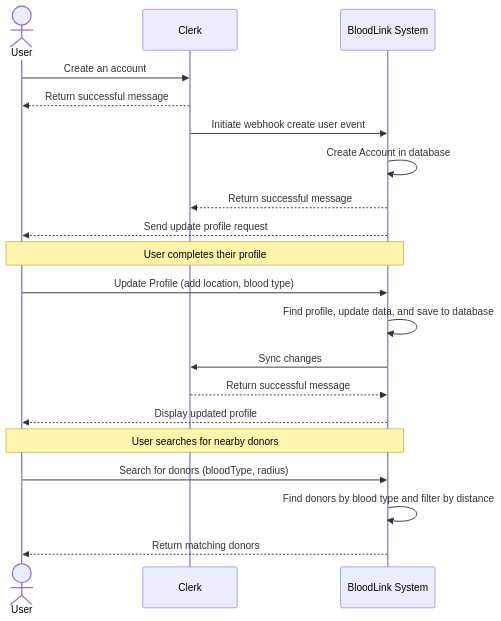
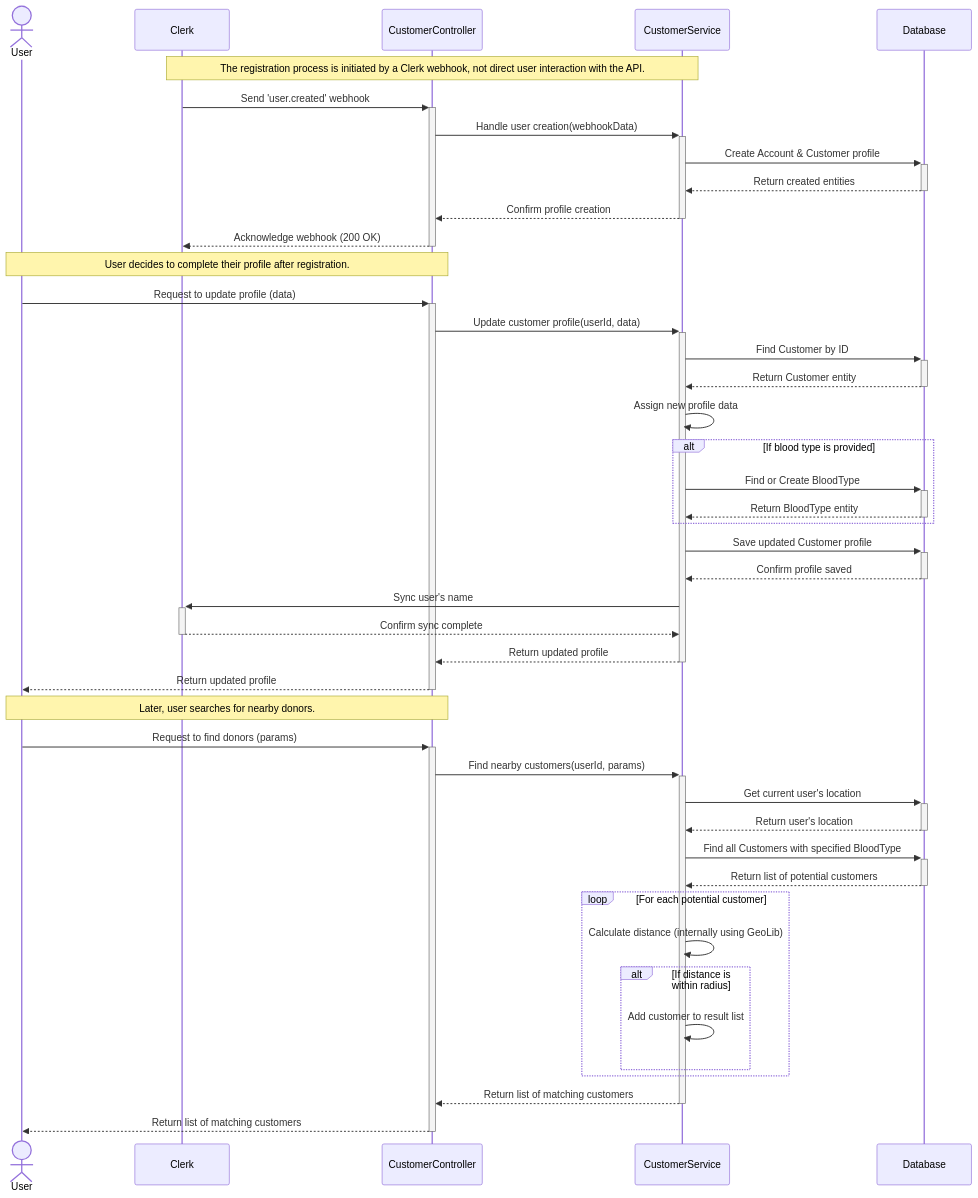
One commit to phamnguyenviethung/bloodlink-be changed the second of 2 diagrams in docs/CUSTOMER_FLOW.md. Above: the diagram before and after it, drawn with Mermaid. The commit also changed other lines of this file and 1 other file, not shown here.

Commit message:
Refactor donation flow documentation to enhance clarity and detail in sequence diagrams and business logic descriptions

````diff
--- a/docs/CUSTOMER_FLOW.md
+++ b/docs/CUSTOMER_FLOW.md
@@ -68,32 +68,55 @@
 ```mermaid
 sequenceDiagram
     actor User
     participant Clerk
-    participant System as BloodLink System
+    participant CustomerController
+    participant CustomerService
+    participant Database
 
-    %% --- 1. Registration ---
-    User->>Clerk: Create an account
-    Clerk-->>User: Return successful message
+    %% --- 1. Registration (Webhook) ---
+    Note over Clerk, CustomerService: The registration process is initiated by a Clerk webhook, not direct user interaction with the API.
+    Clerk->>+CustomerController: Send 'user.created' webhook
+    CustomerController->>+CustomerService: Handle user creation(webhookData)
+    CustomerService->>+Database: Create Account & Customer profile
+    Database-->>-CustomerService: Return created entities
+    CustomerService-->>-CustomerController: Confirm profile creation
+    CustomerController-->>-Clerk: Acknowledge webhook (200 OK)
 
-    Clerk->>System: Initiate webhook create user event
-    System->>System: Create Account in database
-    System-->>Clerk: Return successful message
-    System-->>User: Send update profile request
-    
-    Note over User, System: User completes their profile
+    Note over User, CustomerController: User decides to complete their profile after registration.
 
-    %% --- 2. Update Profile ---
-    User->>System: Update Profile (add location, blood type)
-    System->>System: Find profile, update data, and save to database
-    System->>Clerk: Sync changes
-    Clerk-->>System: Return successful message
-    System-->>User: Display updated profile
+    %% --- 2. Profile Update ---
+    User->>+CustomerController: Request to update profile (data)
+    CustomerController->>+CustomerService: Update customer profile(userId, data)
+    CustomerService->>+Database: Find Customer by ID
+    Database-->>-CustomerService: Return Customer entity
+    CustomerService->>CustomerService: Assign new profile data
+    alt If blood type is provided
+        CustomerService->>+Database: Find or Create BloodType
+        Database-->>-CustomerService: Return BloodType entity
+    end
+    CustomerService->>+Database: Save updated Customer profile
+    Database-->>-CustomerService: Confirm profile saved
+    CustomerService->>+Clerk: Sync user's name
+    Clerk-->>-CustomerService: Confirm sync complete
+    CustomerService-->>-CustomerController: Return updated profile
+    CustomerController-->>-User: Return updated profile
 
-    Note over User, System: User searches for nearby donors
+    Note over User, CustomerController: Later, user searches for nearby donors.
 
-    %% --- 3. Search ---
-    User->>System: Search for donors (bloodType, radius)
-    System->>System: Find donors by blood type and filter by distance
-    System-->>User: Return matching donors
+    %% --- 3. Find Nearby Donors ---
+    User->>+CustomerController: Request to find donors (params)
+    CustomerController->>+CustomerService: Find nearby customers(userId, params)
+    CustomerService->>+Database: Get current user's location
+    Database-->>-CustomerService: Return user's location
+    CustomerService->>+Database: Find all Customers with specified BloodType
+    Database-->>-CustomerService: Return list of potential customers
+    loop For each potential customer
+        CustomerService->>CustomerService: Calculate distance (internally using GeoLib)
+        alt If distance is within radius
+            CustomerService->>CustomerService: Add customer to result list
+        end
+    end
+    CustomerService-->>-CustomerController: Return list of matching customers
+    CustomerController-->>-User: Return list of matching customers
 
 ```
````
